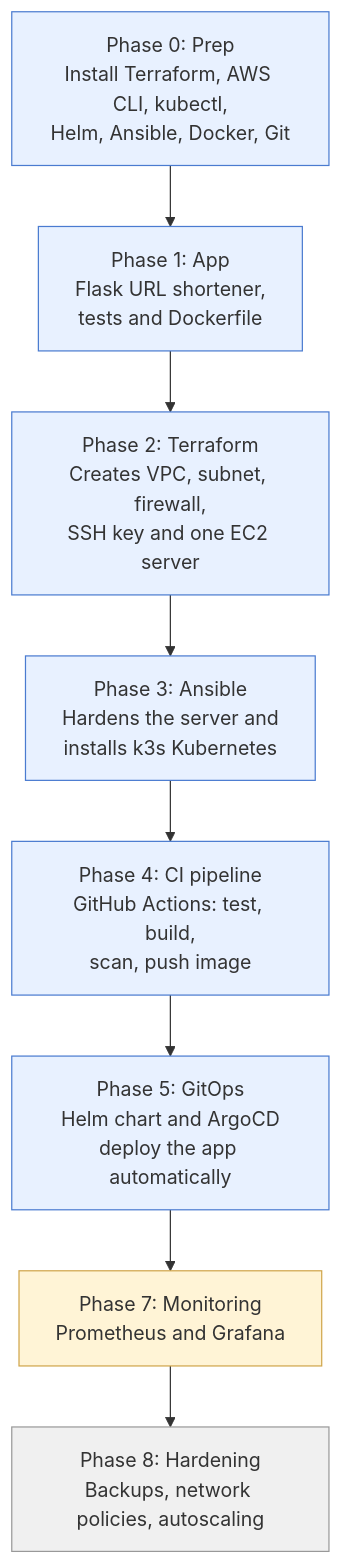
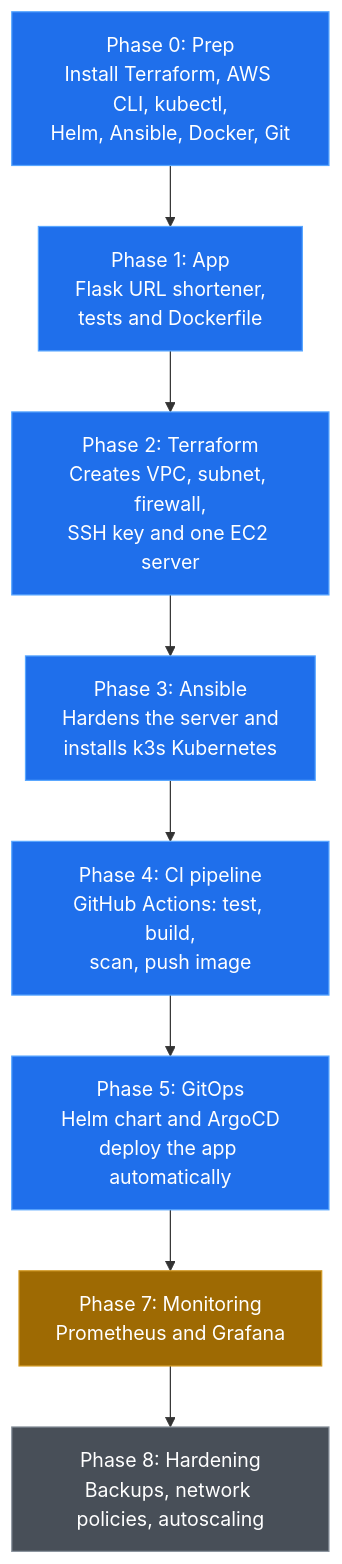
Before and after one commit to Vishnu063/urlshort: the first of 3 diagrams in README.md, drawn with Mermaid. The commit also changed other lines of this file, not shown here.

Commit message:
docs: readable chart colors for dark theme

````diff
--- a/README.md
+++ b/README.md
@@ -9,19 +9,19 @@
 ```mermaid
 flowchart TD
     A["Phase 0: Prep<br/>Install Terraform, AWS CLI, kubectl,<br/>Helm, Ansible, Docker, Git"] --> B["Phase 1: App<br/>Flask URL shortener,<br/>tests and Dockerfile"]
     B --> C["Phase 2: Terraform<br/>Creates VPC, subnet, firewall,<br/>SSH key and one EC2 server"]
     C --> D["Phase 3: Ansible<br/>Hardens the server and<br/>installs k3s Kubernetes"]
     D --> E["Phase 4: CI pipeline<br/>GitHub Actions: test, build,<br/>scan, push image"]
     E --> F["Phase 5: GitOps<br/>Helm chart and ArgoCD<br/>deploy the app automatically"]
     F --> G["Phase 7: Monitoring<br/>Prometheus and Grafana"]
     G --> H["Phase 8: Hardening<br/>Backups, network policies, autoscaling"]
 
-    style A fill:#e8f1ff,stroke:#4a7bd0
-    style B fill:#e8f1ff,stroke:#4a7bd0
-    style C fill:#e8f1ff,stroke:#4a7bd0
-    style D fill:#e8f1ff,stroke:#4a7bd0
-    style E fill:#e8f1ff,stroke:#4a7bd0
-    style F fill:#e8f1ff,stroke:#4a7bd0
-    style G fill:#fff4d6,stroke:#d0a54a
-    style H fill:#f0f0f0,stroke:#999
+    style A fill:#1f6feb,stroke:#58a6ff,color:#ffffff
+    style B fill:#1f6feb,stroke:#58a6ff,color:#ffffff
+    style C fill:#1f6feb,stroke:#58a6ff,color:#ffffff
+    style D fill:#1f6feb,stroke:#58a6ff,color:#ffffff
+    style E fill:#1f6feb,stroke:#58a6ff,color:#ffffff
+    style F fill:#1f6feb,stroke:#58a6ff,color:#ffffff
+    style G fill:#9e6a03,stroke:#d29922,color:#ffffff
+    style H fill:#484f58,stroke:#8b949e,color:#ffffff
 ```
````
